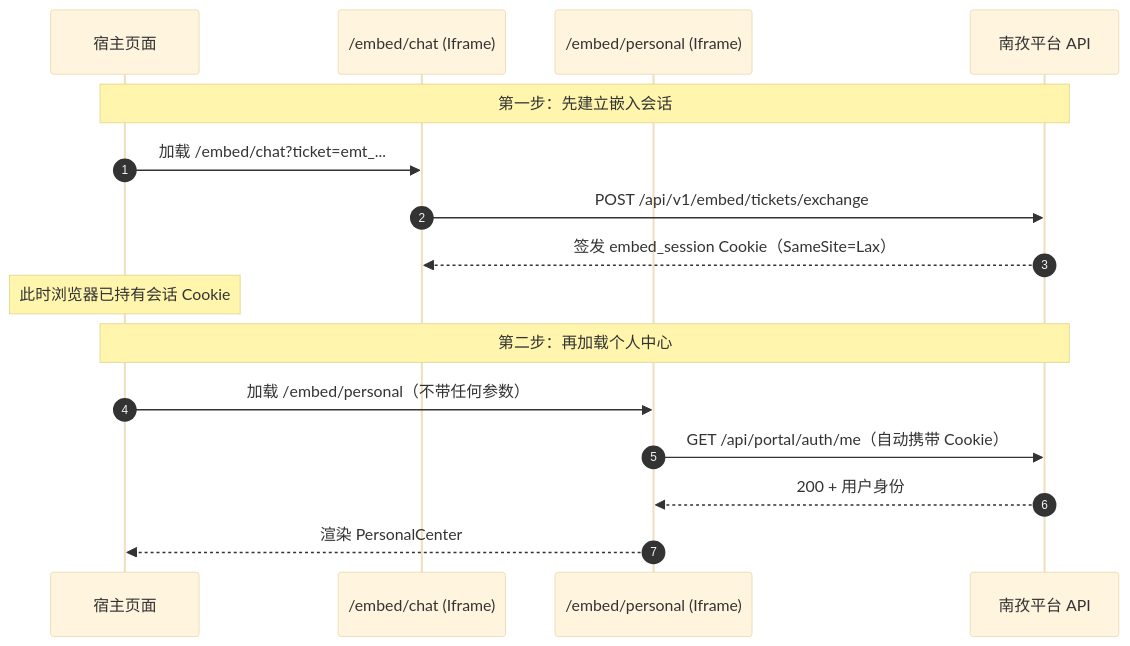
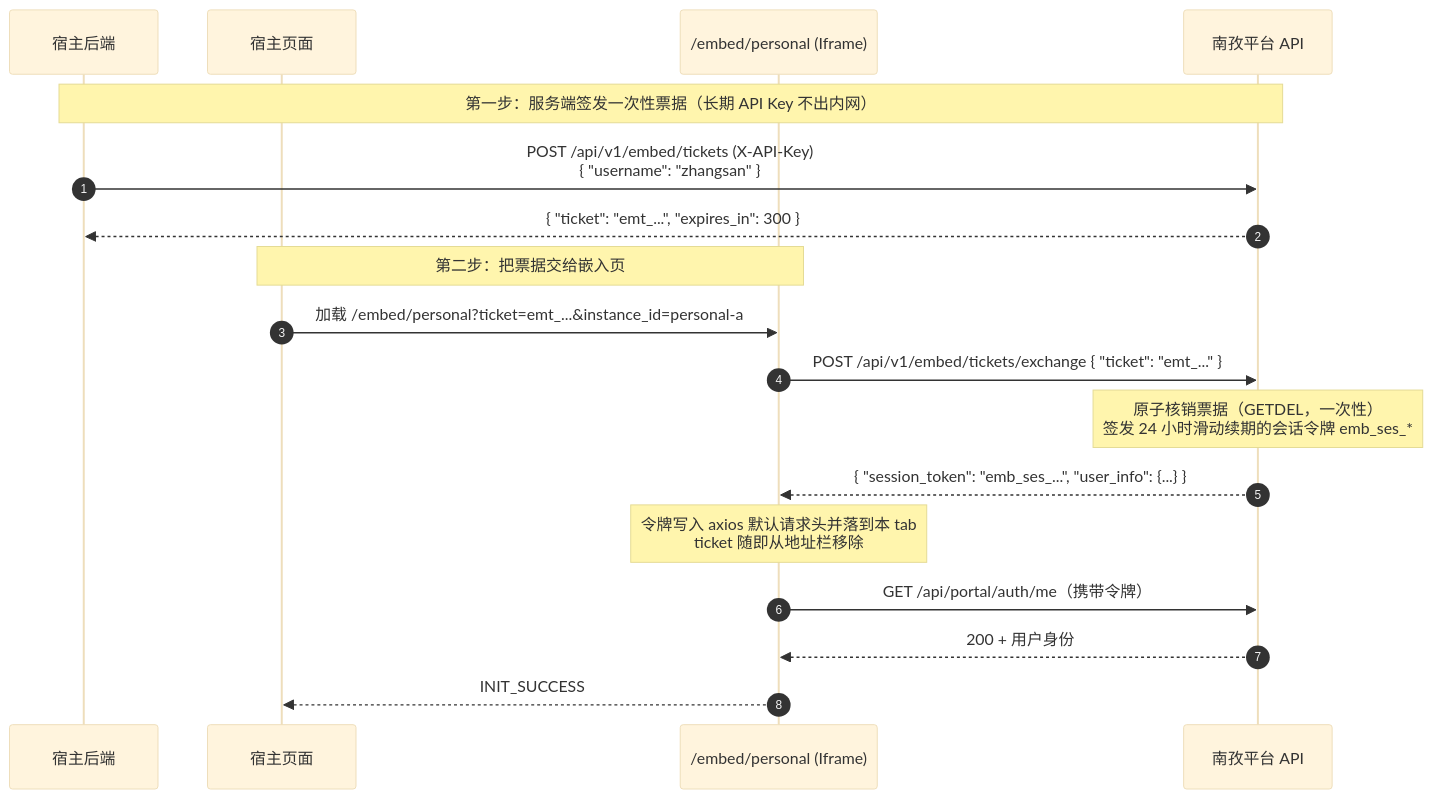
Before and after one commit to RandyChen1985/nanzi-ai-agent-platform: the second of 2 diagrams in docs/md/embed_integration_guide.md, drawn with Mermaid (base theme). The commit also changed other lines of this file and 3 other files, not shown here.

First line of the commit message:
feat(embed): /embed/personal 支持 ticket 自主兑换，跨站 iframe 可用

````diff
--- a/docs/md/embed_integration_guide.md
+++ b/docs/md/embed_integration_guide.md
@@ -605,20 +614,22 @@
 ```mermaid
 sequenceDiagram
     autonumber
+    participant S as 宿主后端
     participant H as 宿主页面
-    participant C as /embed/chat (Iframe)
     participant P as /embed/personal (Iframe)
     participant A as 南孜平台 API
 
-    Note over H, A: 第一步：先建立嵌入会话
-    H->>C: 加载 /embed/chat?ticket=emt_...
-    C->>A: POST /api/v1/embed/tickets/exchange
-    A-->>C: 签发 embed_session Cookie（SameSite=Lax）
-    Note over H: 此时浏览器已持有会话 Cookie
+    Note over S, A: 第一步：服务端签发一次性票据（长期 API Key 不出内网）
+    S->>A: POST /api/v1/embed/tickets (X-API-Key)<br/>{ "username": "zhangsan" }
+    A-->>S: { "ticket": "emt_...", "expires_in": 300 }
 
-    Note over H, A: 第二步：再加载个人中心
-    H->>P: 加载 /embed/personal（不带任何参数）
-    P->>A: GET /api/portal/auth/me（自动携带 Cookie）
+    Note over H, P: 第二步：把票据交给嵌入页
+    H->>P: 加载 /embed/personal?ticket=emt_...&instance_id=personal-a
+    P->>A: POST /api/v1/embed/tickets/exchange { "ticket": "emt_..." }
+    Note over A: 原子核销票据（GETDEL，一次性）<br/>签发 24 小时滑动续期的会话令牌 emb_ses_*
+    A-->>P: { "session_token": "emb_ses_...", "user_info": {...} }
+    Note over P: 令牌写入 axios 默认请求头并落到本 tab<br/>ticket 随即从地址栏移除
+    P->>A: GET /api/portal/auth/me（携带令牌）
     A-->>P: 200 + 用户身份
-    P-->>H: 渲染 PersonalCenter
+    P-->>H: INIT_SUCCESS
 ```
````
